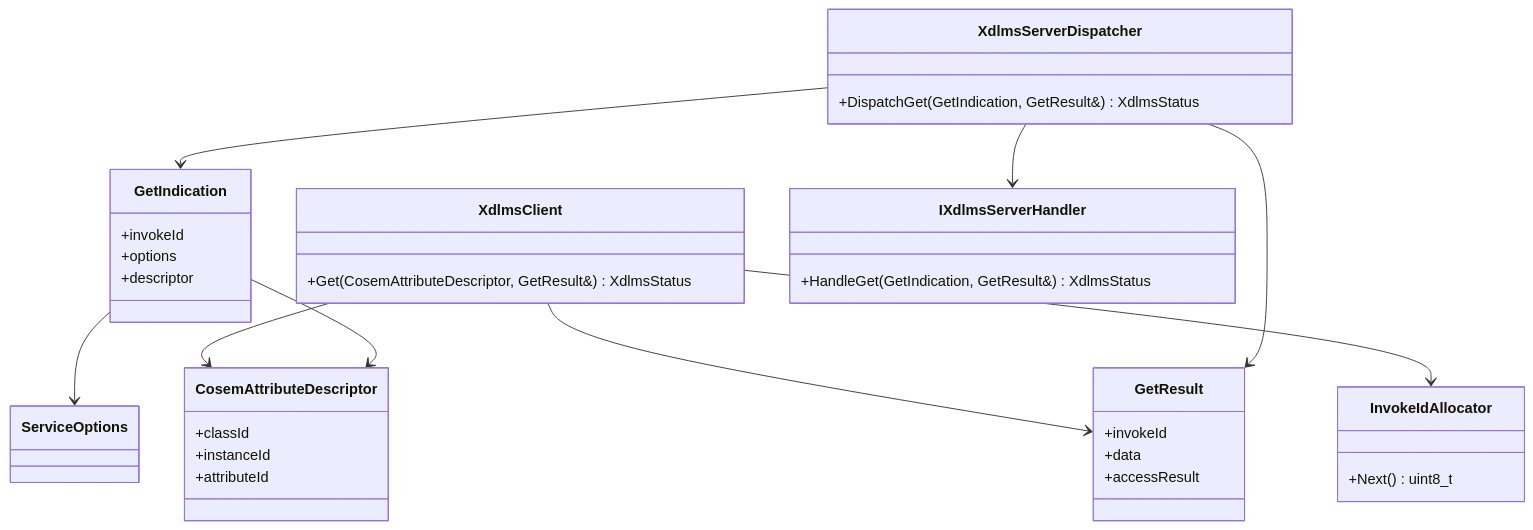
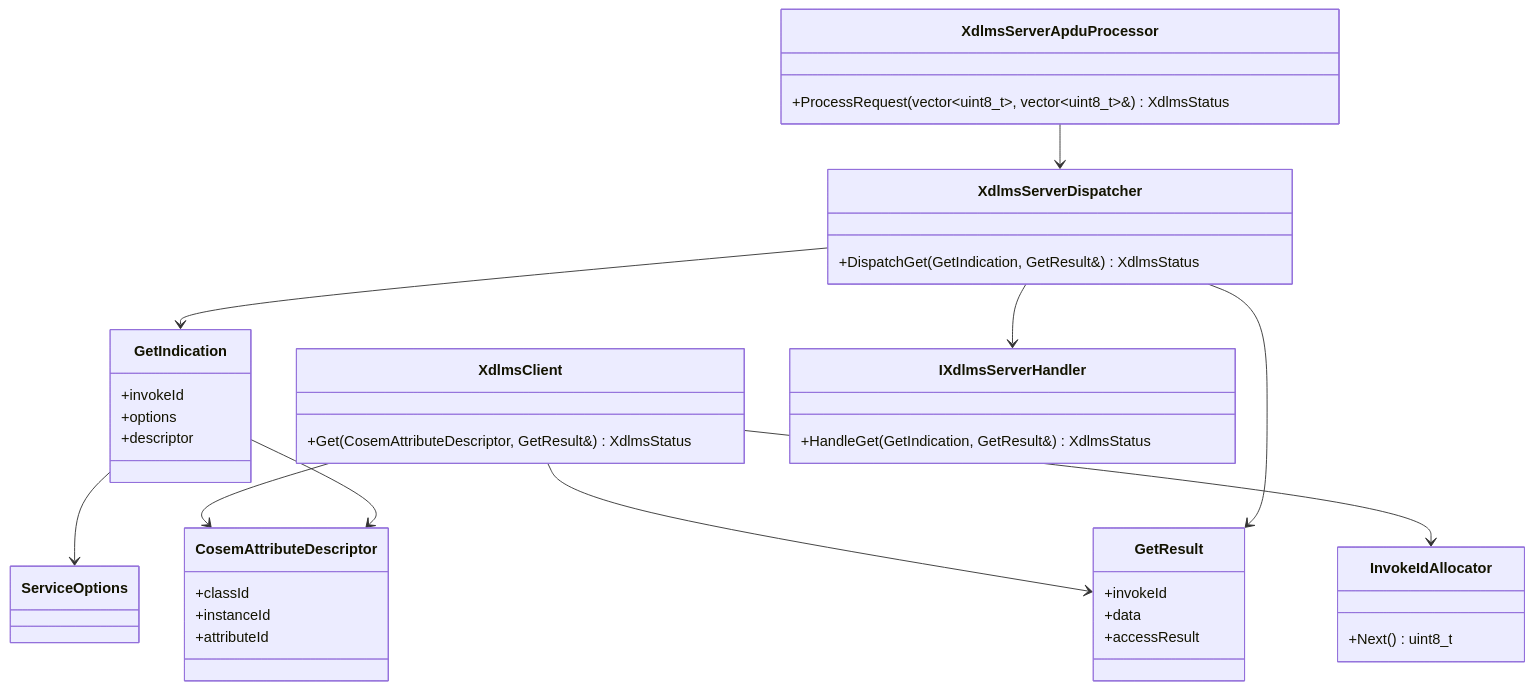
The diagram in docs/01_xdlms_api.md (gvtret/dlms-xdlms), drawn with Mermaid before and after one commit. The commit also changed other lines of this file and 4 other files, not shown here.

First line of the commit message:
docs(xdlms): define server get apdu boundary

````diff
--- a/docs/01_xdlms_api.md
+++ b/docs/01_xdlms_api.md
@@ -122,45 +154,50 @@
 ```mermaid
 classDiagram
   class XdlmsClient {
     +Get(CosemAttributeDescriptor, GetResult&) XdlmsStatus
   }
 
   class InvokeIdAllocator {
     +Next() uint8_t
   }
 
   class CosemAttributeDescriptor {
     +classId
     +instanceId
     +attributeId
   }
 
   class GetResult {
     +invokeId
     +data
     +accessResult
   }
 
   class GetIndication {
     +invokeId
     +options
     +descriptor
   }
 
   class IXdlmsServerHandler {
     +HandleGet(GetIndication, GetResult&) XdlmsStatus
   }
 
   class XdlmsServerDispatcher {
     +DispatchGet(GetIndication, GetResult&) XdlmsStatus
   }
 
+  class XdlmsServerApduProcessor {
+    +ProcessRequest(vector~uint8_t~, vector~uint8_t~&) XdlmsStatus
+  }
+
   XdlmsClient --> InvokeIdAllocator
   XdlmsClient --> CosemAttributeDescriptor
   XdlmsClient --> GetResult
   GetIndication --> ServiceOptions
   GetIndication --> CosemAttributeDescriptor
   XdlmsServerDispatcher --> IXdlmsServerHandler
   XdlmsServerDispatcher --> GetIndication
   XdlmsServerDispatcher --> GetResult
+  XdlmsServerApduProcessor --> XdlmsServerDispatcher
 ```
````
